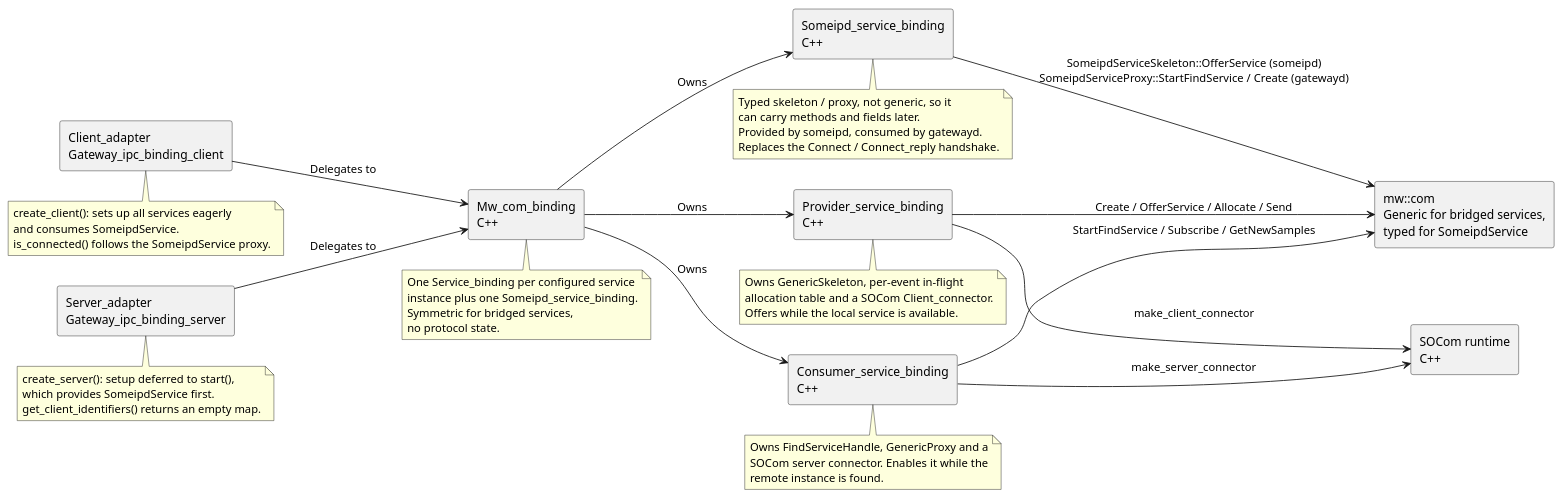
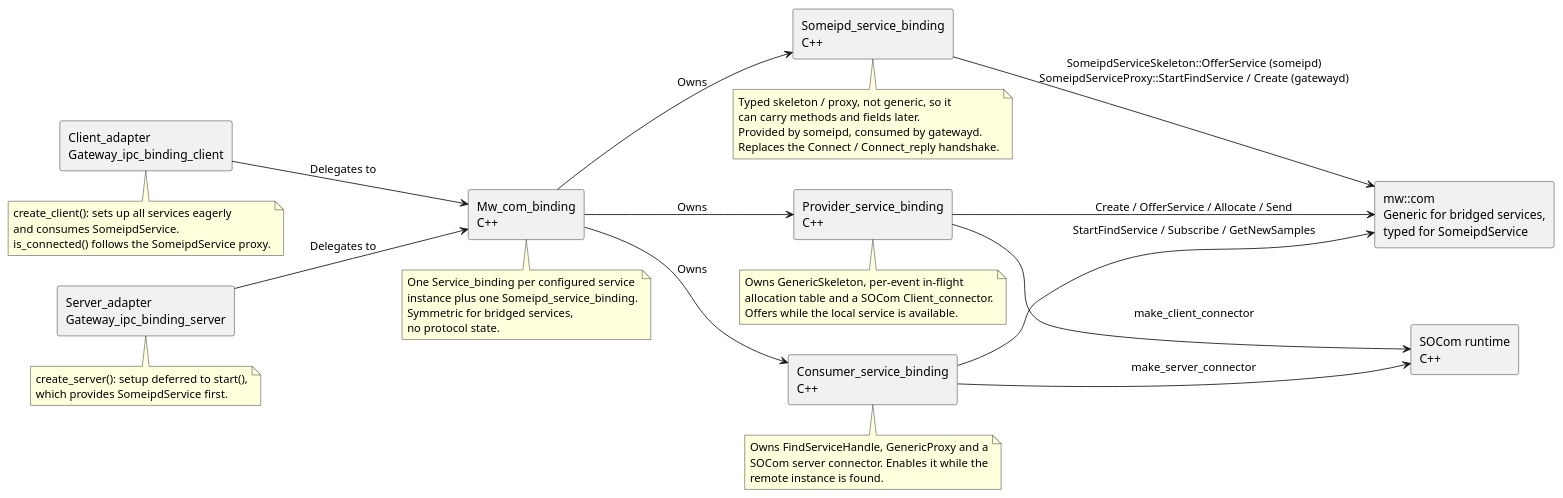
One commit to eclipse-score/inc_someip_gateway changed the diagram in score/gateway_ipc_binding/docs/models/component_diagram_gateway_ipc_binding_mw_com.puml. Above: the diagram before and after it, drawn with PlantUML. The commit also changed 1 other file, not shown here.

Commit message:
remove get_client_identifiers() for sure

```diff
--- a/score/gateway_ipc_binding/docs/models/component_diagram_gateway_ipc_binding_mw_com.puml
+++ b/score/gateway_ipc_binding/docs/models/component_diagram_gateway_ipc_binding_mw_com.puml
@@ -14,62 +14,61 @@
 @startuml
 left to right direction
 skinparam componentStyle rectangle
 
 component "Client_adapter\nGateway_ipc_binding_client" as client
 component "Server_adapter\nGateway_ipc_binding_server" as server
 component "Mw_com_binding\nC++" as binding
 component "Provider_service_binding\nC++" as provider
 component "Consumer_service_binding\nC++" as consumer
 component "Someipd_service_binding\nC++" as sdsvc
 component "SOCom runtime\nC++" as runtime
 component "mw::com\nGeneric for bridged services,\ntyped for SomeipdService" as mwcom
 
 note bottom of client
   create_client(): sets up all services eagerly
   and consumes SomeipdService.
   is_connected() follows the SomeipdService proxy.
 end note
 
 note bottom of server
   create_server(): setup deferred to start(),
   which provides SomeipdService first.
-  get_client_identifiers() returns an empty map.
 end note
 
 note bottom of binding
   One Service_binding per configured service
   instance plus one Someipd_service_binding.
   Symmetric for bridged services,
   no protocol state.
 end note
 
 note bottom of sdsvc
   Typed skeleton / proxy, not generic, so it
   can carry methods and fields later.
   Provided by someipd, consumed by gatewayd.
   Replaces the Connect / Connect_reply handshake.
 end note
 
 note bottom of provider
   Owns GenericSkeleton, per-event in-flight
   allocation table and a SOCom Client_connector.
   Offers while the local service is available.
 end note
 
 note bottom of consumer
   Owns FindServiceHandle, GenericProxy and a
   SOCom server connector. Enables it while the
   remote instance is found.
 end note
 
 client --> binding : Delegates to
 server --> binding : Delegates to
 binding --> provider : Owns
 binding --> consumer : Owns
 binding --> sdsvc : Owns
 provider --> runtime : make_client_connector
 consumer --> runtime : make_server_connector
 provider --> mwcom : Create / OfferService / Allocate / Send
 consumer --> mwcom : StartFindService / Subscribe / GetNewSamples
 sdsvc --> mwcom : SomeipdServiceSkeleton::OfferService (someipd)\nSomeipdServiceProxy::StartFindService / Create (gatewayd)
 @enduml
```
